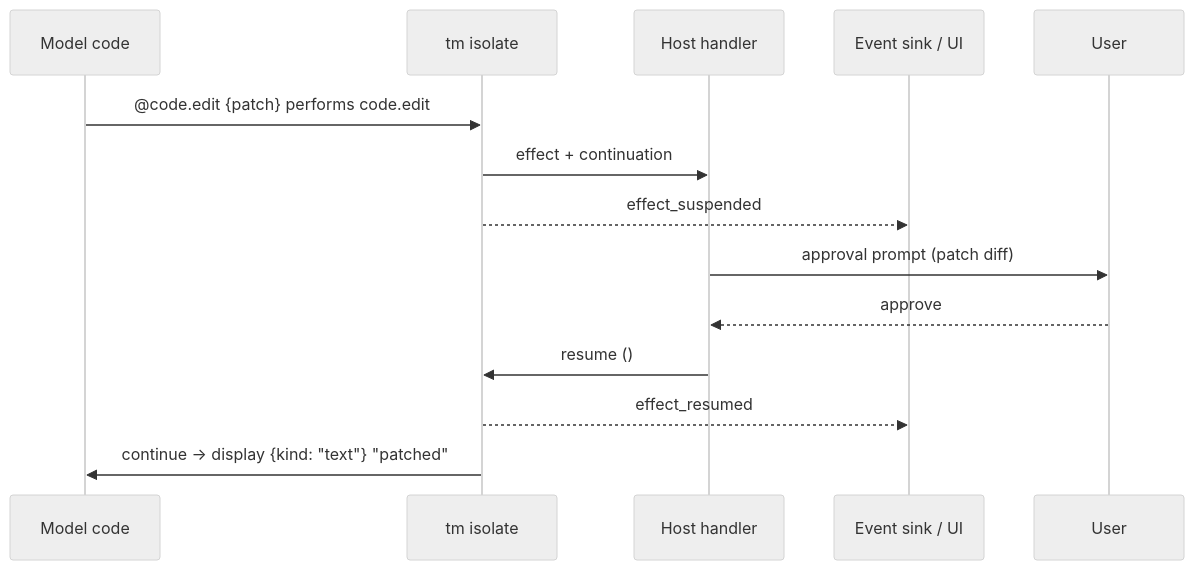
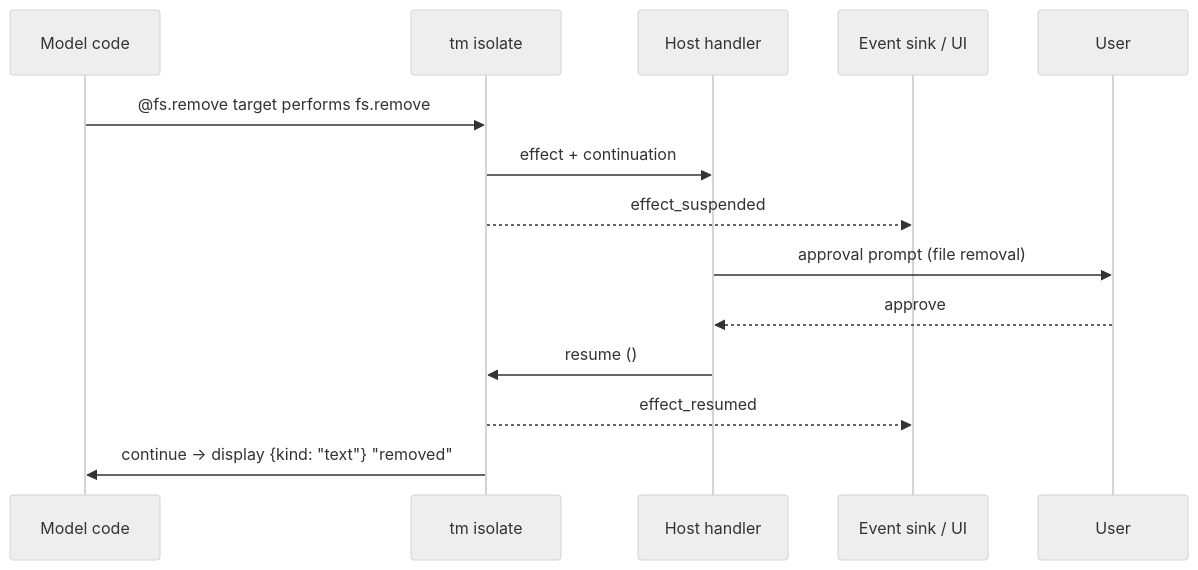
The diagram in docs/design/tm/03-effects-approval.md (mozufu/TempestMiku), drawn with Mermaid (neutral theme) before and after one commit. The commit also changed other lines of this file and 165 other files, not shown here.

````diff
--- a/docs/design/tm/03-effects-approval.md
+++ b/docs/design/tm/03-effects-approval.md
@@ -122,16 +122,16 @@
 ```mermaid
 sequenceDiagram
   participant M as Model code
   participant I as tm isolate
   participant H as Host handler
   participant E as Event sink / UI
   participant U as User
-  M->>I: @code.edit {patch} performs code.edit
+  M->>I: @fs.remove target performs fs.remove
   I->>H: effect + continuation
   I-->>E: effect_suspended
-  H->>U: approval prompt (patch diff)
+  H->>U: approval prompt (file removal)
   U-->>H: approve
   H->>I: resume ()
   I-->>E: effect_resumed
-  I->>M: continue → display {kind: "text"} "patched"
+  I->>M: continue → display {kind: "text"} "removed"
 ```
````
